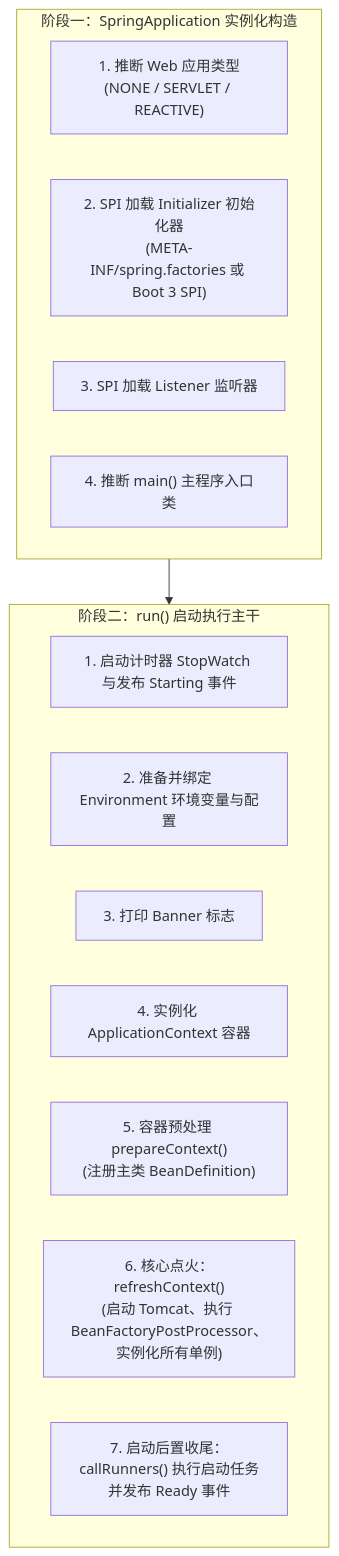
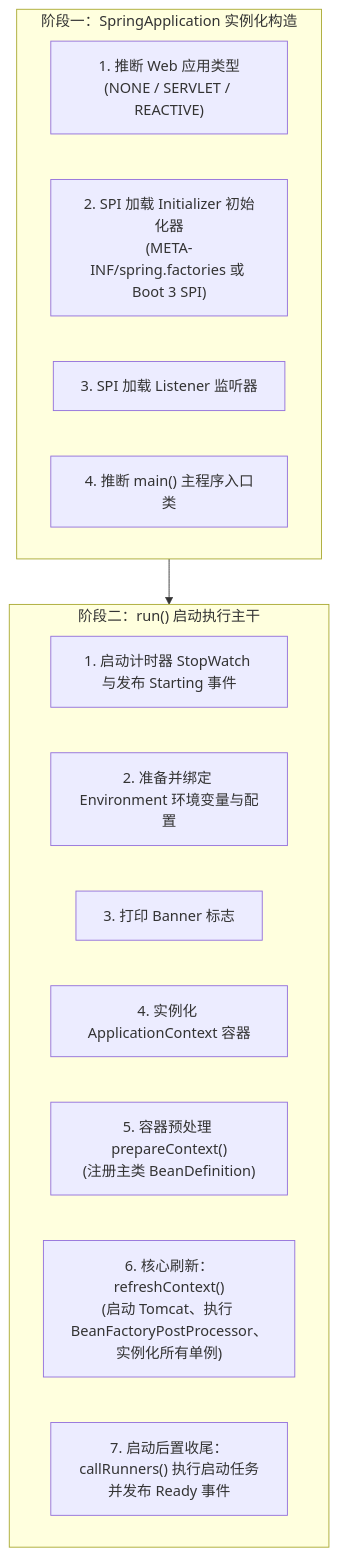
One commit to GuoWWWX/knowledge-base changed the first of 5 diagrams in 20-Java后端/04-Spring生态/10-SpringBoot启动流程.md. Above: the diagram before and after it, drawn with Mermaid. The commit also changed other lines of this file, not shown here.

````diff
--- a/20-Java后端/04-Spring生态/10-SpringBoot启动流程.md
+++ b/20-Java后端/04-Spring生态/10-SpringBoot启动流程.md
@@ -22,21 +22,21 @@
 ```mermaid
 flowchart TD
     subgraph Phase1["阶段一：SpringApplication 实例化构造"]
         P1_1["1. 推断 Web 应用类型<br/>(NONE / SERVLET / REACTIVE)"]
         P1_2["2. SPI 加载 Initializer 初始化器<br/>(META-INF/spring.factories 或 Boot 3 SPI)"]
         P1_3["3. SPI 加载 Listener 监听器"]
         P1_4["4. 推断 main() 主程序入口类"]
     end
 
     subgraph Phase2["阶段二：run() 启动执行主干"]
         P2_1["1. 启动计时器 StopWatch 与发布 Starting 事件"]
         P2_2["2. 准备并绑定 Environment 环境变量与配置"]
         P2_3["3. 打印 Banner 标志"]
         P2_4["4. 实例化 ApplicationContext 容器"]
         P2_5["5. 容器预处理 prepareContext()<br/>(注册主类 BeanDefinition)"]
-        P2_6["6. 核心点火：refreshContext()<br/>(启动 Tomcat、执行 BeanFactoryPostProcessor、实例化所有单例)"]
+        P2_6["6. 核心刷新：refreshContext()<br/>(启动 Tomcat、执行 BeanFactoryPostProcessor、实例化所有单例)"]
         P2_7["7. 启动后置收尾：callRunners() 执行启动任务并发布 Ready 事件"]
     end
 
     Phase1 --> Phase2
 ```
````
